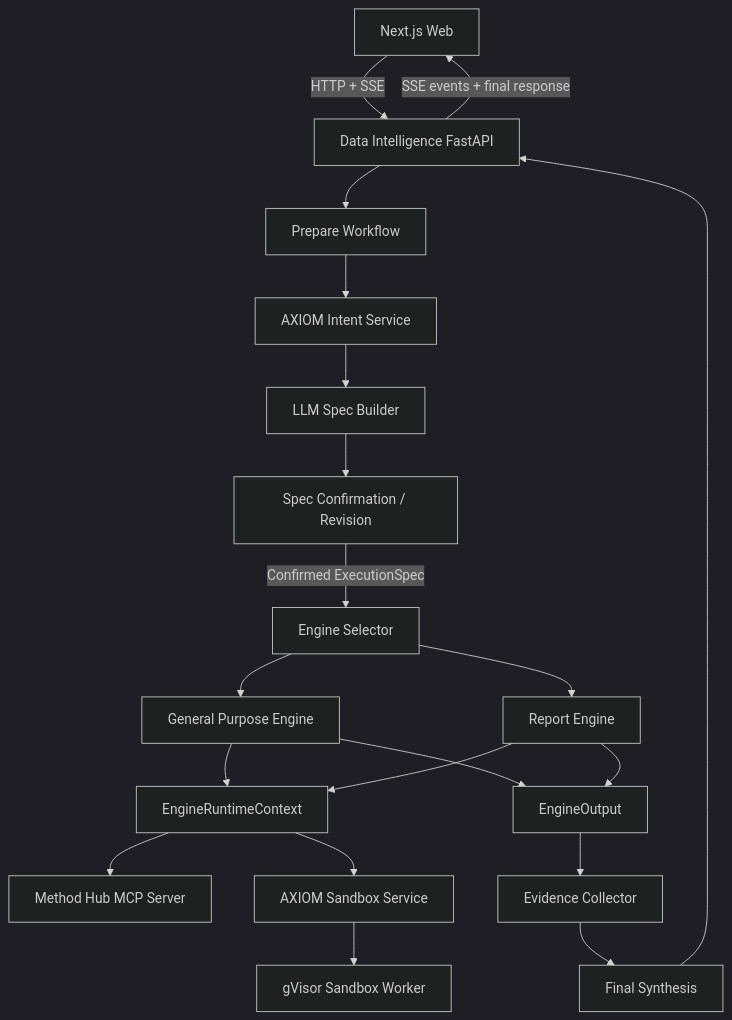
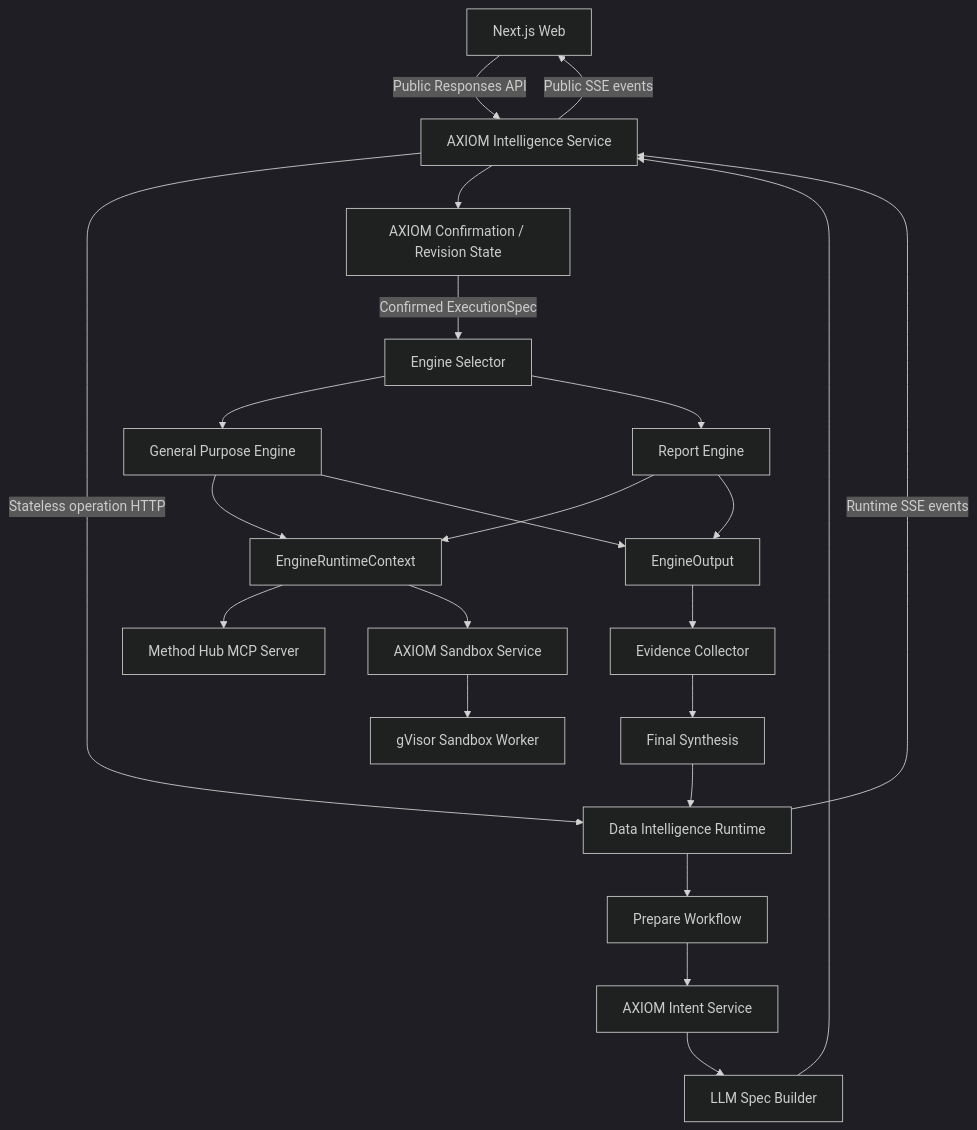
The diagram in docs/current-system-architecture-vi.md (jadonsanmeo-cloud/DI-R-D), drawn with Mermaid (dark theme) before and after one commit. The commit also changed other lines of this file and 36 other files, not shown here.

Commit message:
refactor: make data intelligence runtime stateless

````diff
--- a/docs/current-system-architecture-vi.md
+++ b/docs/current-system-architecture-vi.md
@@ -31,27 +31,30 @@
 ```mermaid
 flowchart TD
-    WEB[Next.js Web] -->|HTTP + SSE| API[Data Intelligence FastAPI]
+    WEB[Next.js Web] -->|Public Responses API| AXIOM[AXIOM Intelligence Service]
+    AXIOM -->|Stateless operation HTTP| API[Data Intelligence Runtime]
 
     API --> PREPARE[Prepare Workflow]
     PREPARE --> INTENT[AXIOM Intent Service]
     INTENT --> SPEC[LLM Spec Builder]
-    SPEC --> CONFIRM[Spec Confirmation / Revision]
+    SPEC --> AXIOM
+    AXIOM --> CONFIRM[AXIOM Confirmation / Revision State]
 
     CONFIRM -->|Confirmed ExecutionSpec| SELECT[Engine Selector]
     SELECT --> GENERAL[General Purpose Engine]
     SELECT --> REPORT[Report Engine]
 
     GENERAL --> RUNTIME[EngineRuntimeContext]
     REPORT --> RUNTIME
 
     RUNTIME --> MCP[Method Hub MCP Server]
     RUNTIME --> SANDBOX[AXIOM Sandbox Service]
     SANDBOX --> WORKER[gVisor Sandbox Worker]
 
     GENERAL --> OUTPUT[EngineOutput]
     REPORT --> OUTPUT
     OUTPUT --> EVIDENCE[Evidence Collector]
     EVIDENCE --> SYNTHESIS[Final Synthesis]
     SYNTHESIS --> API
-    API -->|SSE events + final response| WEB
+    API -->|Runtime SSE events| AXIOM
+    AXIOM -->|Public SSE events| WEB
 ```
````
